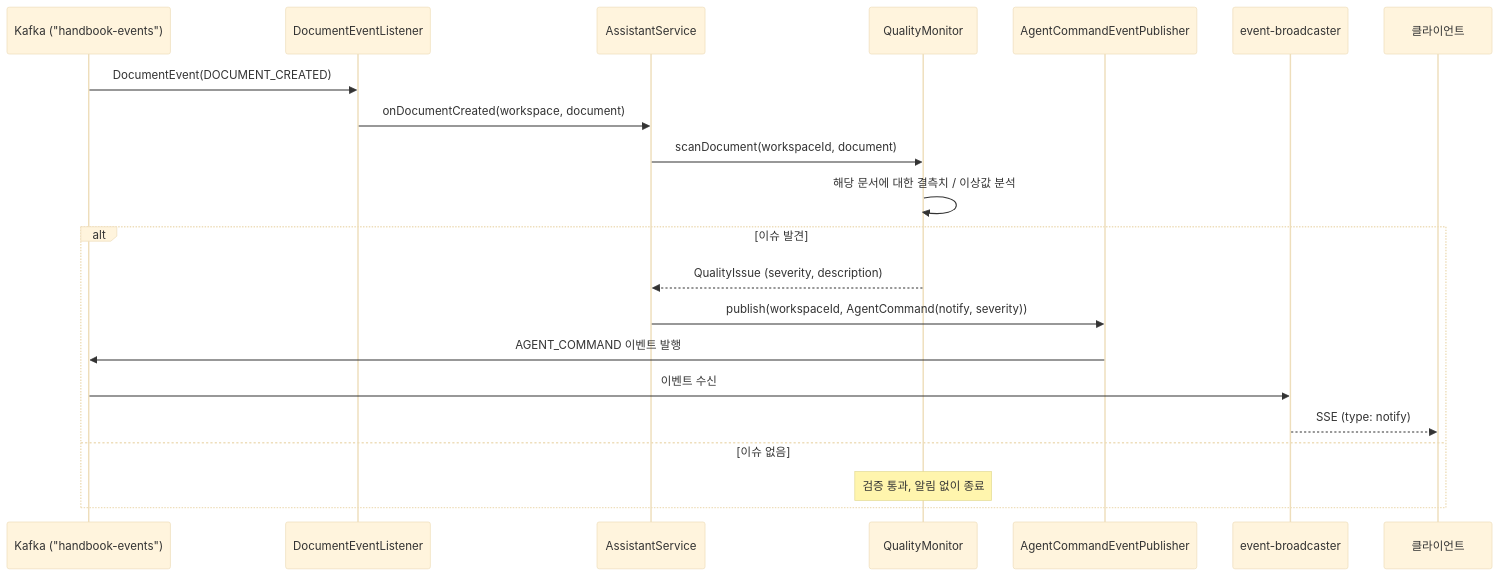
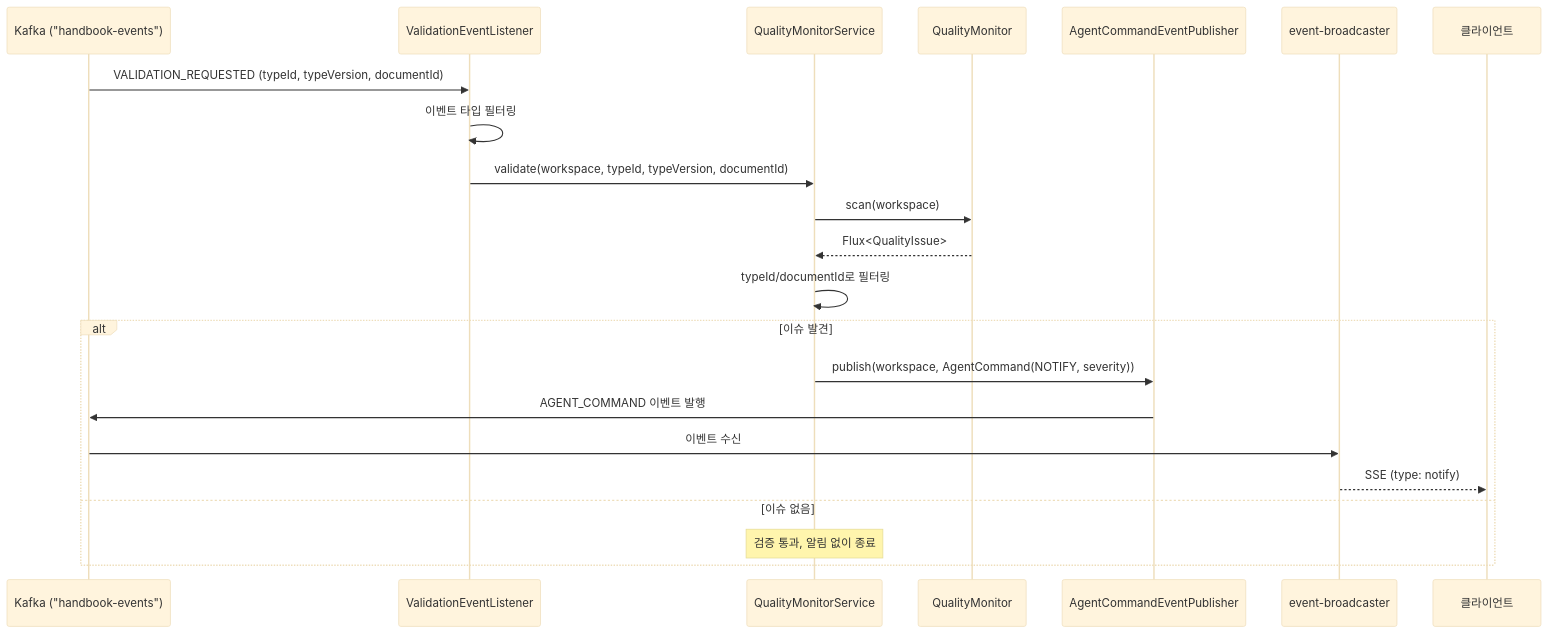
One commit to sayaya1090/handbook changed diagram 11 of 13 in assistant/USECASE.md. Above: the diagram before and after it, drawn with Mermaid (base theme). The commit also changed other lines of this file and 311 other files, not shown here.

````diff
--- a/assistant/USECASE.md
+++ b/assistant/USECASE.md
@@ -261,24 +383,25 @@
 ```mermaid
 sequenceDiagram
     participant K as Kafka ("handbook-events")
-    participant Listener as DocumentEventListener
-    participant Svc as AssistantService
+    participant Listener as ValidationEventListener
+    participant QMS as QualityMonitorService
     participant QM as QualityMonitor
     participant Pub as AgentCommandEventPublisher
     participant EB as event-broadcaster
     participant UI as 클라이언트
 
-    K->>Listener: DocumentEvent(DOCUMENT_CREATED)
-    Listener->>Svc: onDocumentCreated(workspace, document)
-    Svc->>QM: scanDocument(workspaceId, document)
-    QM->>QM: 해당 문서에 대한 결측치 / 이상값 분석
+    K->>Listener: VALIDATION_REQUESTED (typeId, typeVersion, documentId)
+    Listener->>Listener: 이벤트 타입 필터링
+    Listener->>QMS: validate(workspace, typeId, typeVersion, documentId)
+    QMS->>QM: scan(workspace)
+    QM-->>QMS: Flux<QualityIssue>
+    QMS->>QMS: typeId/documentId로 필터링
     alt 이슈 발견
-        QM-->>Svc: QualityIssue (severity, description)
-        Svc->>Pub: publish(workspaceId, AgentCommand(notify, severity))
+        QMS->>Pub: publish(workspace, AgentCommand(NOTIFY, severity))
         Pub->>K: AGENT_COMMAND 이벤트 발행
         K->>EB: 이벤트 수신
         EB-->>UI: SSE (type: notify)
     else 이슈 없음
-        Note over QM: 검증 통과, 알림 없이 종료
+        Note over QMS: 검증 통과, 알림 없이 종료
     end
 ```
````
